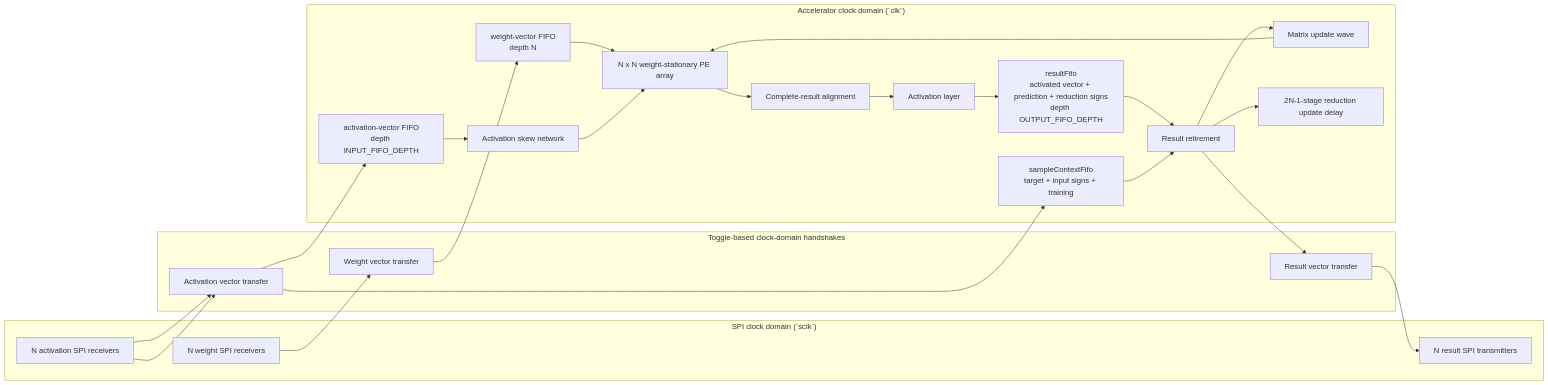
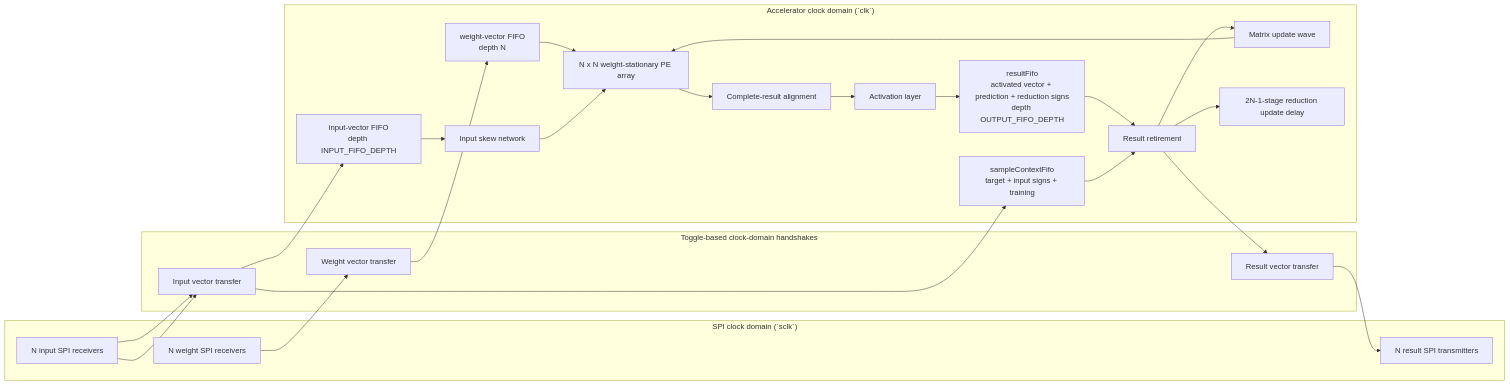
The first of 3 diagrams in README.md (aHighHooman/NN-Acceleration), drawn with Mermaid before and after one commit. The commit also changed other lines of this file, not shown here.

Commit message:
Phase 6U: document input interface and verification ownership

````diff
--- a/README.md
+++ b/README.md
@@ -7,36 +7,36 @@
 ```mermaid
 flowchart LR
     subgraph SPI["SPI clock domain (`sclk`)"]
         W_RX["N weight SPI receivers"]
-        A_RX["N activation SPI receivers"]
+        I_RX["N input SPI receivers"]
         R_TX["N result SPI transmitters"]
     end
 
     subgraph CDC["Toggle-based clock-domain handshakes"]
         W_CDC["Weight vector transfer"]
-        A_CDC["Activation vector transfer"]
+        I_CDC["Input vector transfer"]
         R_CDC["Result vector transfer"]
     end
 
     subgraph CORE["Accelerator clock domain (`clk`)"]
         W_FIFO["weight-vector FIFO<br/>depth N"]
-        A_FIFO["activation-vector FIFO<br/>depth INPUT_FIFO_DEPTH"]
+        I_FIFO["input-vector FIFO<br/>depth INPUT_FIFO_DEPTH"]
         S_FIFO["sampleContextFifo<br/>target + input signs + training"]
-        SKEW["Activation skew network"]
+        SKEW["Input skew network"]
         ARRAY["N x N weight-stationary PE array"]
         ALIGN["Complete-result alignment"]
         ACT["Activation layer"]
         RESULT_FIFO["resultFifo<br/>activated vector + prediction + reduction signs<br/>depth OUTPUT_FIFO_DEPTH"]
         RETIRE["Result retirement"]
         M_UPDATE["Matrix update wave"]
         R_UPDATE["2N-1-stage reduction update delay"]
     end
 
     W_RX --> W_CDC --> W_FIFO --> ARRAY
-    A_RX --> A_CDC --> A_FIFO --> SKEW --> ARRAY
-    A_RX --> A_CDC --> S_FIFO
+    I_RX --> I_CDC --> I_FIFO --> SKEW --> ARRAY
+    I_RX --> I_CDC --> S_FIFO
     ARRAY --> ALIGN --> ACT --> RESULT_FIFO --> RETIRE --> R_CDC --> R_TX
     S_FIFO --> RETIRE
     RETIRE --> M_UPDATE --> ARRAY
     RETIRE --> R_UPDATE
 ```
````
